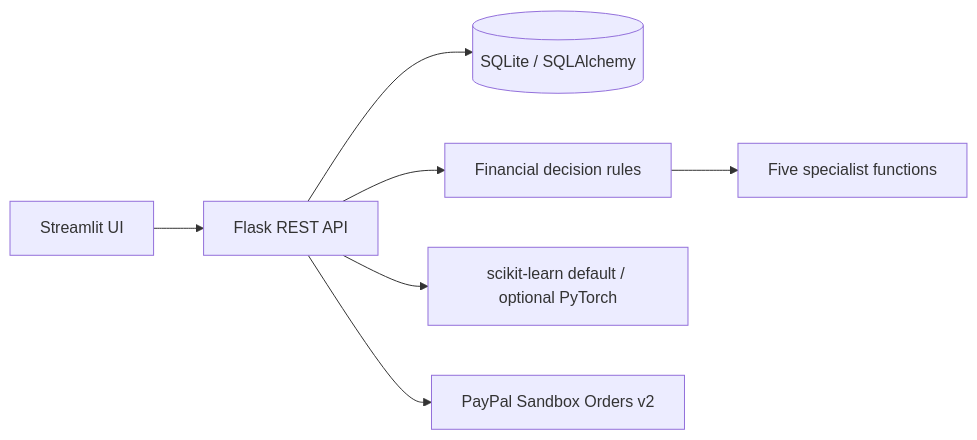
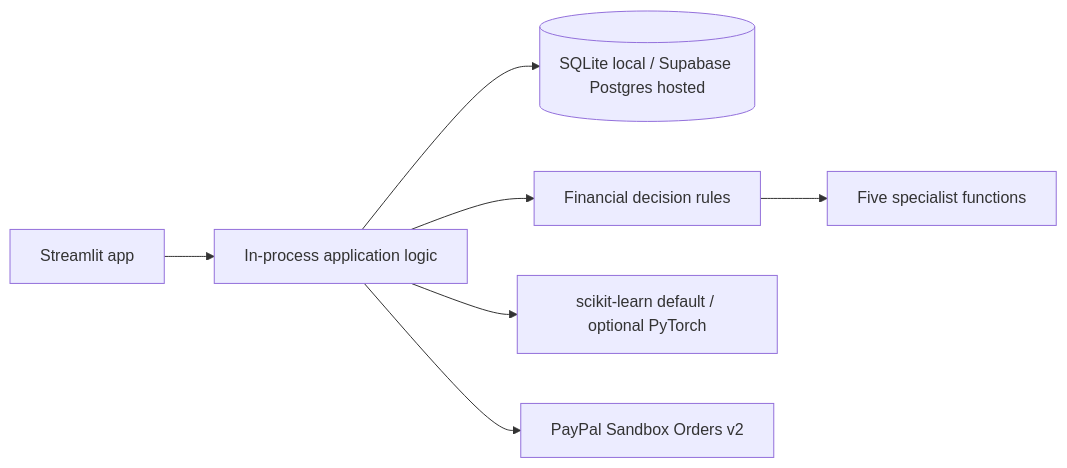
One commit to UzaibBashir/PayAhead changed the diagram in docs/ARCHITECTURE.md. Above: the diagram before and after it, drawn with Mermaid. The commit also changed other lines of this file and 12 other files, not shown here.

````diff
--- a/docs/ARCHITECTURE.md
+++ b/docs/ARCHITECTURE.md
@@ -5,9 +5,9 @@
 ```mermaid
 flowchart LR
- UI[Streamlit UI] --> API[Flask REST API]
- API --> DB[(SQLite / SQLAlchemy)]
- API --> CALC[Financial decision rules]
+ UI[Streamlit app] --> APP[In-process application logic]
+ APP --> DB[(SQLite local / Supabase Postgres hosted)]
+ APP --> CALC[Financial decision rules]
  CALC --> AG[Five specialist functions]
- API --> ML[scikit-learn default / optional PyTorch]
- API --> PP[PayPal Sandbox Orders v2]
+ APP --> ML[scikit-learn default / optional PyTorch]
+ APP --> PP[PayPal Sandbox Orders v2]
 ```
````
